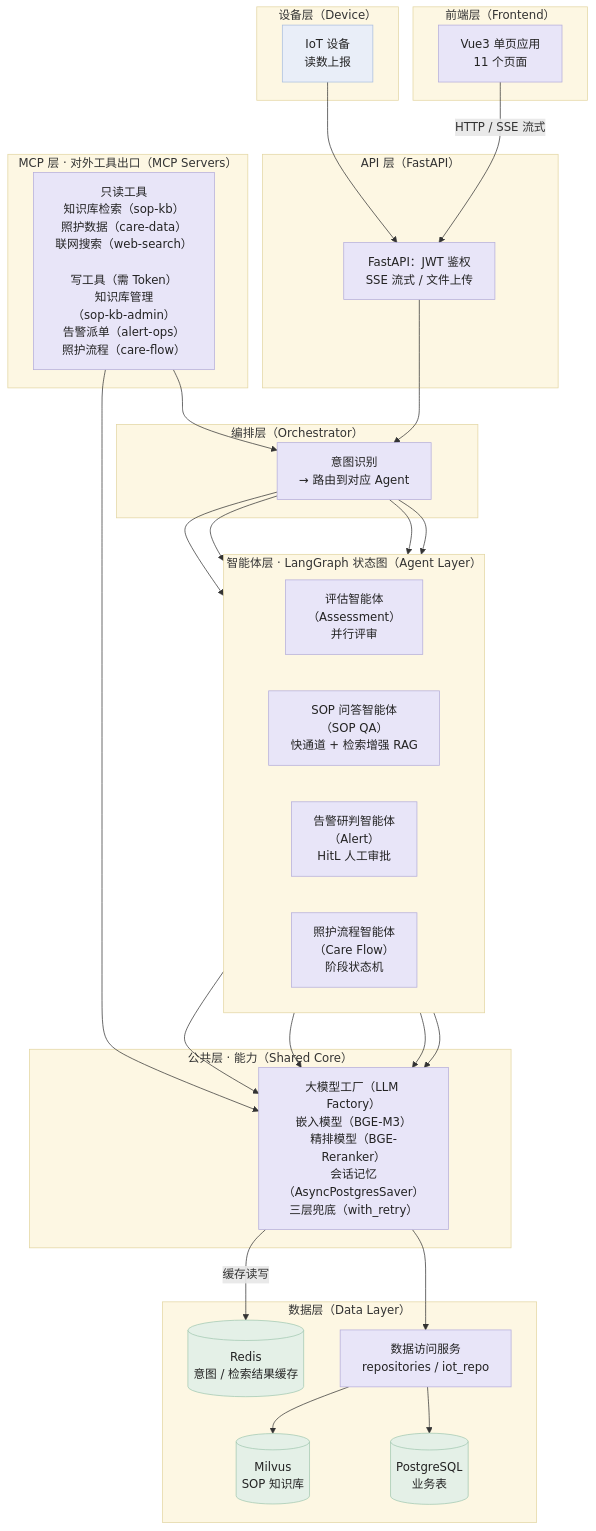
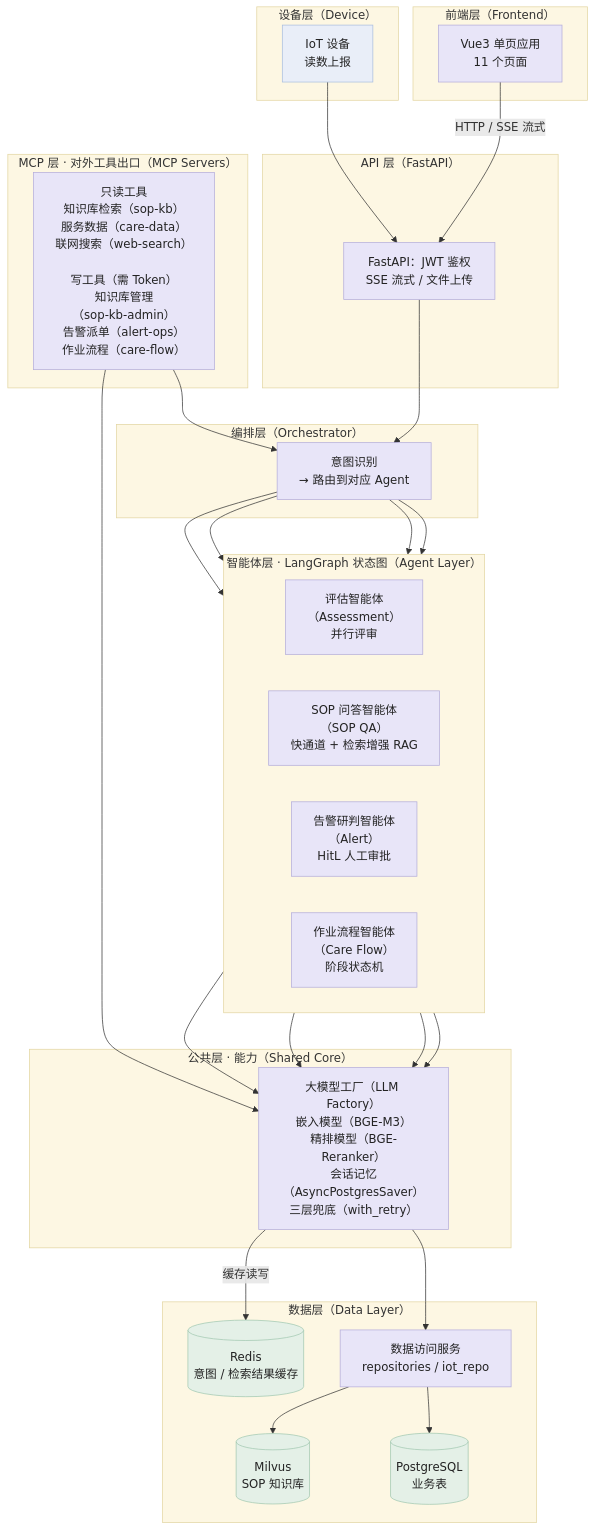
Before and after one commit to sysyan321-alt/fieldops-agent: the first of 13 diagrams in 文档/架构流程图.md, drawn with Mermaid. The commit also changed other lines of this file and 109 other files, not shown here.

````diff
--- a/文档/架构流程图.md
+++ b/文档/架构流程图.md
@@ -20,74 +20,74 @@
 ```mermaid
 flowchart TD
     subgraph L1["前端层（Frontend）"]
         FE["Vue3 单页应用<br/>11 个页面"]
     end
 
     subgraph L2["设备层（Device）"]
         IOT["IoT 设备<br/>读数上报"]
     end
 
     subgraph L3["API 层（FastAPI）"]
         API["FastAPI：JWT 鉴权<br/>SSE 流式 / 文件上传"]
     end
 
     subgraph L4["MCP 层 · 对外工具出口（MCP Servers）"]
-        MCP["只读工具<br/>知识库检索（sop-kb）<br/>照护数据（care-data）<br/>联网搜索（web-search）<br/><br/>写工具（需 Token）<br/>知识库管理<br/>（sop-kb-admin）<br/>告警派单（alert-ops）<br/>照护流程（care-flow）"]
+        MCP["只读工具<br/>知识库检索（sop-kb）<br/>服务数据（care-data）<br/>联网搜索（web-search）<br/><br/>写工具（需 Token）<br/>知识库管理<br/>（sop-kb-admin）<br/>告警派单（alert-ops）<br/>作业流程（care-flow）"]
     end
 
     subgraph L5["编排层（Orchestrator）"]
         ORCH["意图识别<br/>→ 路由到对应 Agent"]
     end
 
     subgraph L6["智能体层 · LangGraph 状态图（Agent Layer）"]
         direction LR
         A1["评估智能体<br/>（Assessment）<br/>并行评审"]
         A2["SOP 问答智能体<br/>（SOP QA）<br/>快通道 + 检索增强 RAG"]
         A3["告警研判智能体<br/>（Alert）<br/>HitL 人工审批"]
-        A4["照护流程智能体<br/>（Care Flow）<br/>阶段状态机"]
+        A4["作业流程智能体<br/>（Care Flow）<br/>阶段状态机"]
     end
 
     subgraph L7["公共层 · 能力（Shared Core）"]
         CAP["大模型工厂（LLM Factory）<br/>嵌入模型（BGE-M3）<br/>精排模型（BGE-Reranker）<br/>会话记忆（AsyncPostgresSaver）<br/>三层兜底（with_retry）"]
     end
 
     subgraph L8["数据层（Data Layer）"]
         DAO["数据访问服务<br/>repositories / iot_repo"]
         PG[("PostgreSQL<br/>业务表")]
         MV[("Milvus<br/>SOP 知识库")]
         RD[("Redis<br/>意图 / 检索结果缓存")]
     end
 
     FE -->|"HTTP / SSE 流式"| API
     IOT --> API
     API --> ORCH
     MCP --> ORCH
     MCP --> CAP
     ORCH --> A1
     ORCH --> A2
     ORCH --> A3
     ORCH --> A4
     A1 --> CAP
     A2 --> CAP
     A3 --> CAP
     A4 --> CAP
     CAP --> DAO
     CAP -->|"缓存读写"| RD
     DAO --> PG
     DAO --> MV
 
     style L1 fill:#fdf7e3,stroke:#e3d6a3,stroke-width:1px
     style L2 fill:#fdf7e3,stroke:#e3d6a3,stroke-width:1px
     style L3 fill:#fdf7e3,stroke:#e3d6a3,stroke-width:1px
     style L4 fill:#fdf7e3,stroke:#e3d6a3,stroke-width:1px
     style L5 fill:#fdf7e3,stroke:#e3d6a3,stroke-width:1px
     style L6 fill:#fdf7e3,stroke:#e3d6a3,stroke-width:1px
     style L7 fill:#fdf7e3,stroke:#e3d6a3,stroke-width:1px
     style L8 fill:#fdf7e3,stroke:#e3d6a3,stroke-width:1px
     classDef node fill:#e8e5f8,stroke:#b4adda,color:#232323
     classDef store fill:#e4f0e7,stroke:#a2c8b1,color:#232323
     classDef ext fill:#e9eef8,stroke:#a9bede,color:#232323
     class FE,API,MCP,ORCH,A1,A2,A3,A4,CAP,DAO node
     class PG,MV,RD store
     class IOT ext
 ```
````
